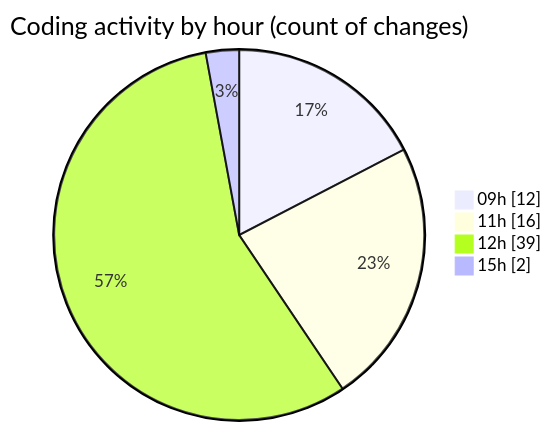
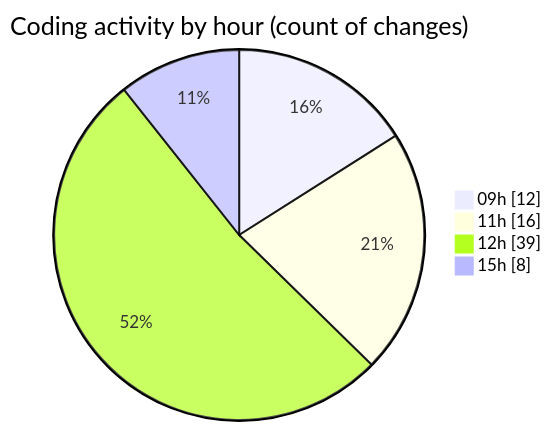
One commit to robertbonfada/code-tracking changed the second of 2 diagrams in 2025-02-20/mbc-web/README.md. Above: the diagram before and after it, drawn with Mermaid. The commit also changed other lines of this file and 1 other file, not shown here.

````diff
--- a/2025-02-20/mbc-web/README.md
+++ b/2025-02-20/mbc-web/README.md
@@ -53,8 +55,8 @@
 ```mermaid
 pie showData
 title Coding activity by hour (count of changes)
 "09h" : 12
 "11h" : 16
 "12h" : 39
-"15h" : 2
+"15h" : 8
 ```
````
